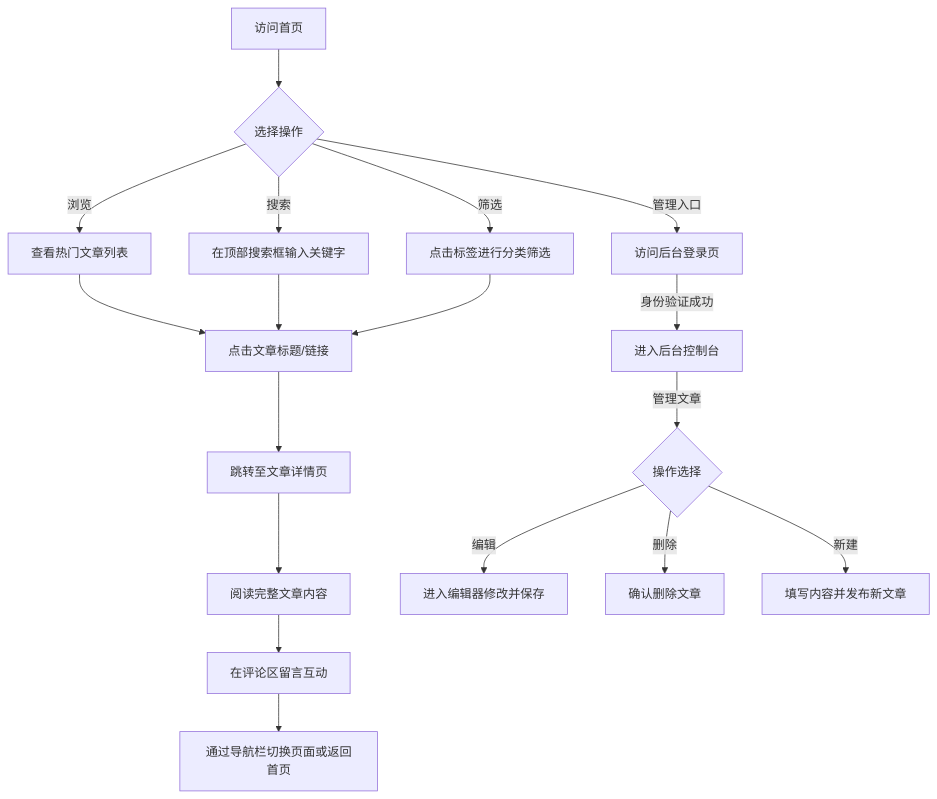
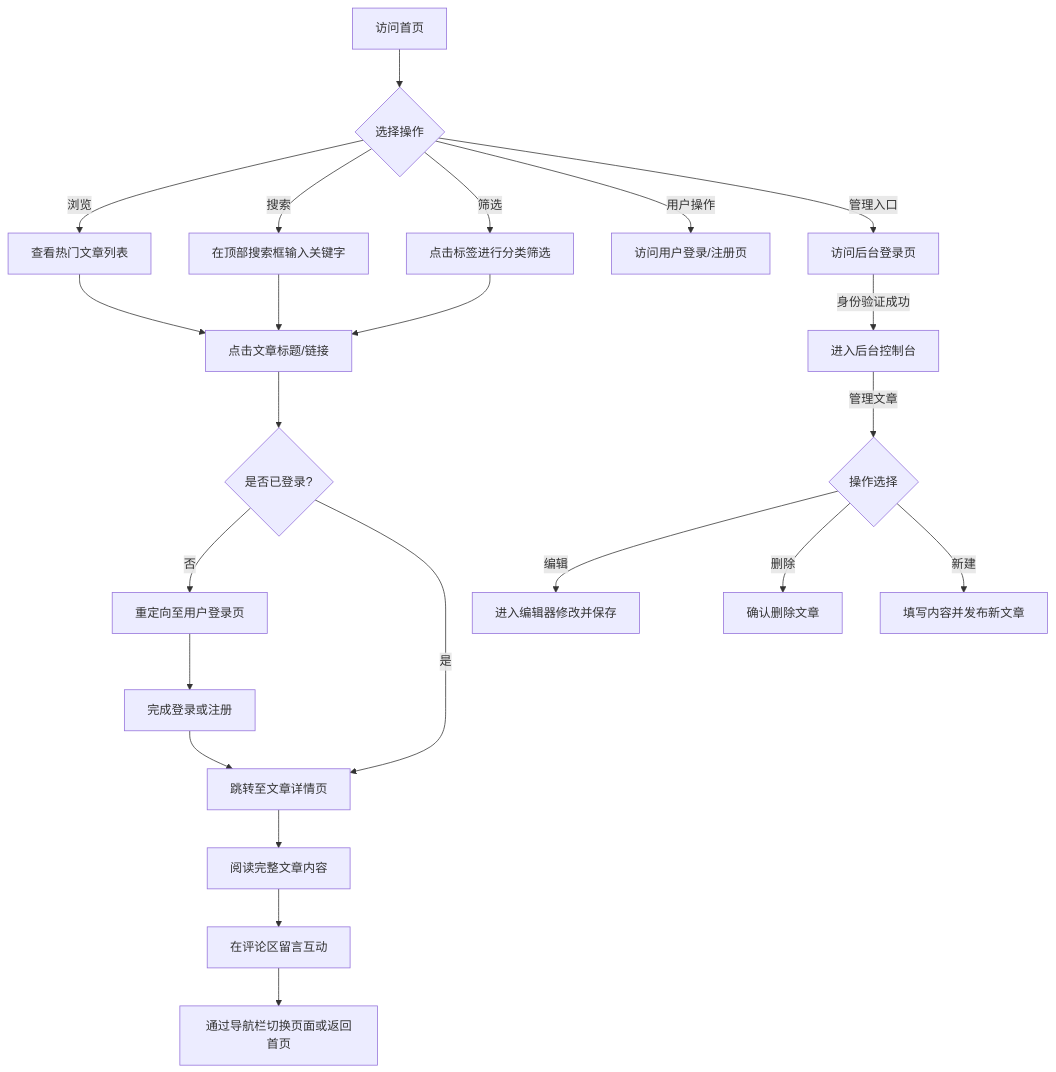
The diagram in .trae/documents/prd.md (Yxl20240310/blog), drawn with Mermaid before and after one commit. The commit also changed other lines of this file and 7 other files, not shown here.

````diff
--- a/.trae/documents/prd.md
+++ b/.trae/documents/prd.md
@@ -34,20 +38,25 @@
 ```mermaid
 flowchart TD
     A["访问首页"] --> B{"选择操作"}
     B -->|浏览| C["查看热门文章列表"]
     B -->|搜索| D["在顶部搜索框输入关键字"]
     B -->|筛选| E["点击标签进行分类筛选"]
+    B -->|用户操作| Q["访问用户登录/注册页"]
     B -->|管理入口| K["访问后台登录页"]
     C --> F["点击文章标题/链接"]
     D --> F
     E --> F
-    F --> G["跳转至文章详情页"]
+    F --> R{"是否已登录?"}
+    R -->|否| S["重定向至用户登录页"]
+    S --> T["完成登录或注册"]
+    T --> G
+    R -->|是| G["跳转至文章详情页"]
     G --> H["阅读完整文章内容"]
     H --> I["在评论区留言互动"]
     I --> J["通过导航栏切换页面或返回首页"]
     K -->|身份验证成功| L["进入后台控制台"]
     L -->|管理文章| M{"操作选择"}
     M -->|编辑| N["进入编辑器修改并保存"]
     M -->|删除| O["确认删除文章"]
     M -->|新建| P["填写内容并发布新文章"]
 ```
````
